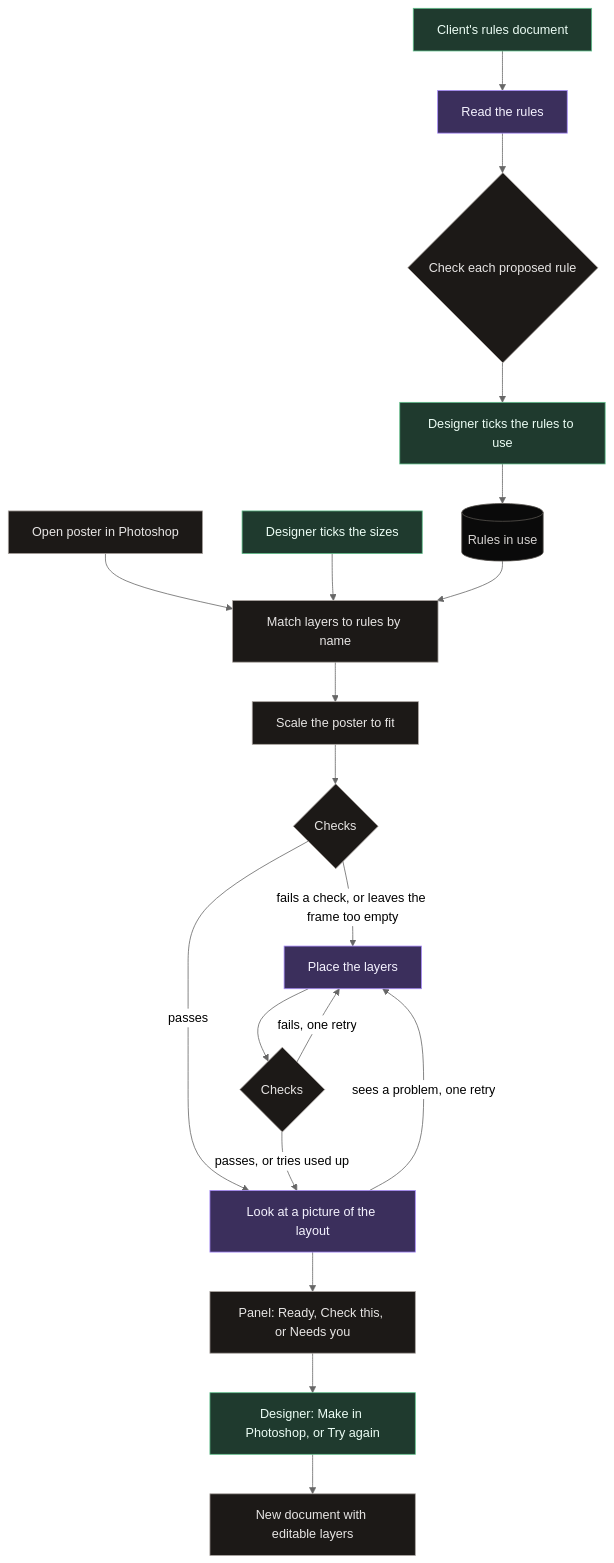
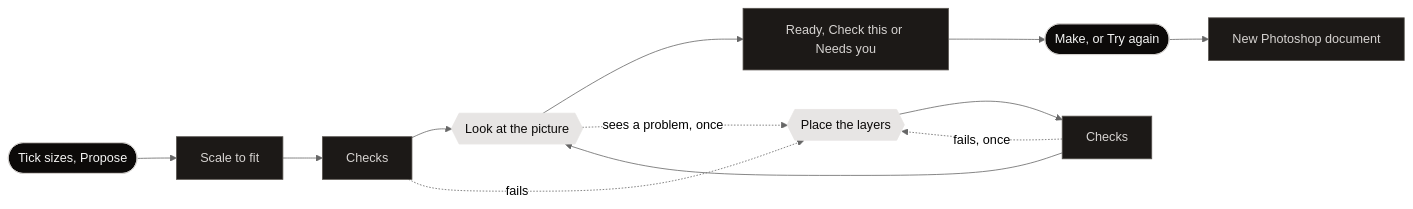
The second of 2 diagrams in README.md (treydenc/Dimensions-plugin), drawn with Mermaid (neutral theme) before and after one commit. The commit also changed other lines of this file and 28 other files, not shown here.

````diff
--- a/README.md
+++ b/README.md
@@ -42,30 +60,19 @@
 ```mermaid
-flowchart TD
-  rulesDoc["Client's rules document"]:::person --> read["Read the rules"]:::ai
-  read --> gateRules{"Check each proposed rule"}:::code
-  gateRules --> tick["Designer ticks the rules to use"]:::person
-  tick --> rules[("Rules in use")]:::store
+flowchart LR
+  start(["Tick sizes, Propose"]):::person --> fit["Scale to fit"]:::code
+  fit --> c1["Checks"]:::code
+  c1 --> look{{"Look at the picture"}}:::ai
+  look --> label["Ready, Check this or Needs you"]:::code
+  label --> yes(["Make, or Try again"]):::person
+  yes --> ps["New Photoshop document"]:::code
 
-  doc["Open poster in Photoshop"]:::code --> match["Match layers to rules by name"]:::code
-  sizes["Designer ticks the sizes"]:::person --> match
-  rules --> match
+  c1 -. "fails" .-> place{{"Place the layers"}}:::ai
+  place --> c2["Checks"]:::code
+  c2 --> look
+  c2 -. "fails, once" .-> place
+  look -. "sees a problem, once" .-> place
 
-  match --> fit["Scale the poster to fit"]:::code
-  fit --> gate1{"Checks"}:::code
-  gate1 -- "fails a check, or leaves the frame too empty" --> place["Place the layers"]:::ai
-  place --> gate2{"Checks"}:::code
-  gate2 -- "fails, one retry" --> place
-
-  gate1 -- "passes" --> look["Look at a picture of the layout"]:::ai
-  gate2 -- "passes, or tries used up" --> look
-  look -- "sees a problem, one retry" --> place
-
-  look --> panel["Panel: Ready, Check this, or Needs you"]:::code
-  panel --> yes["Designer: Make in Photoshop, or Try again"]:::person
-  yes --> ps["New document with editable layers"]:::code
-
-  classDef ai fill:#3b2f5c,stroke:#a78bfa,color:#f5f3ff
-  classDef code fill:#1c1917,stroke:#a8a29e,color:#e7e5e4
-  classDef person fill:#1f3a2e,stroke:#5fbf8a,color:#ecfdf5
-  classDef store fill:#0a0a0a,stroke:#57534e,color:#d6d3d1
+  classDef person fill:#0c0a09,stroke:#d6d3d1,color:#f5f5f4
+  classDef code fill:#1c1917,stroke:#57534e,color:#d6d3d1
+  classDef ai fill:#e7e5e4,stroke:#e7e5e4,color:#0c0a09
 ```
````
